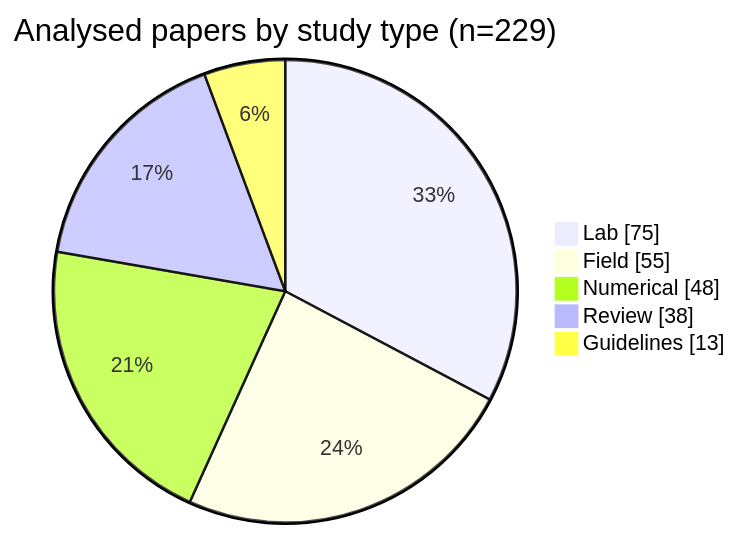
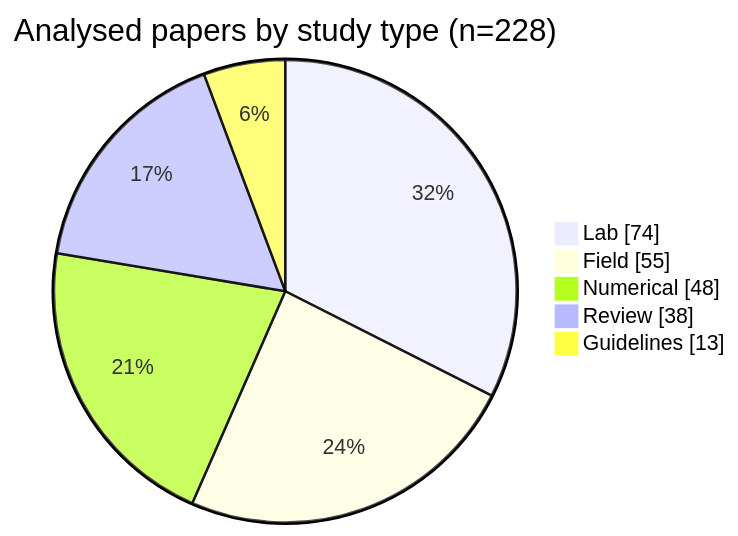
The second of 2 diagrams in README.md (jtuhtan/downstream-fish-passage-injury-mortality-knowledge_base), drawn with Mermaid before and after one commit. The commit also changed other lines of this file and 34 other files, not shown here.

````diff
--- a/README.md
+++ b/README.md
@@ -46,9 +46,9 @@
 ```mermaid
 pie showData
-  title Analysed papers by study type (n=229)
-  "Lab" : 75
+  title Analysed papers by study type (n=228)
+  "Lab" : 74
   "Field" : 55
   "Numerical" : 48
   "Review" : 38
   "Guidelines" : 13
 ```
````
